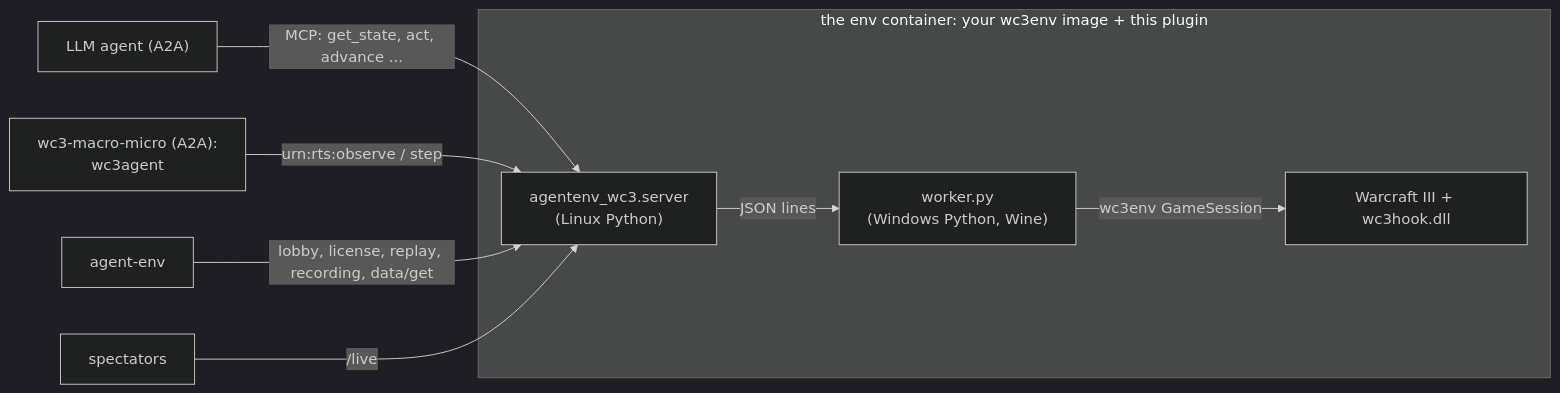
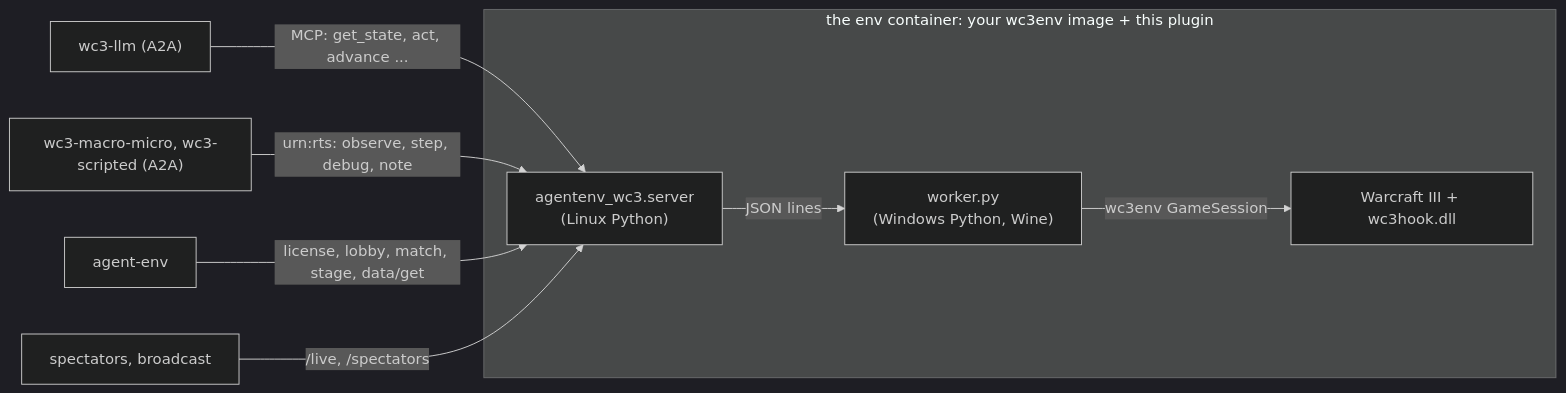
The diagram in README.md (earakely-scale/agentenv-wc3-plugin), drawn with Mermaid (dark theme) before and after one commit. The commit also changed other lines of this file and 7 other files, not shown here.

````diff
--- a/README.md
+++ b/README.md
@@ -610,11 +626,11 @@
 ```mermaid
 flowchart LR
-    llm["LLM agent (A2A)"] -- "MCP: get_state, act, advance ..." --> server
-    macro["wc3-macro-micro (A2A):<br/>wc3agent"] -- "urn:rts:observe / step" --> server
+    llm["wc3-llm (A2A)"] -- "MCP: get_state, act, advance ..." --> server
+    macro["wc3-macro-micro, wc3-scripted (A2A)"] -- "urn:rts: observe, step, debug, note" --> server
     subgraph env["the env container: your wc3env image + this plugin"]
         server["agentenv_wc3.server<br/>(Linux Python)"] -- "JSON lines" --> worker["worker.py<br/>(Windows Python, Wine)"]
         worker -- "wc3env GameSession" --> game["Warcraft III + wc3hook.dll"]
     end
-    runner["agent-env"] -- "lobby, license, replay, recording, data/get" --> server
-    viewer["spectators"] -- "/live" --> server
+    runner["agent-env"] -- "license, lobby, match, stage, data/get" --> server
+    viewer["spectators, broadcast"] -- "/live, /spectators" --> server
 ```
````
